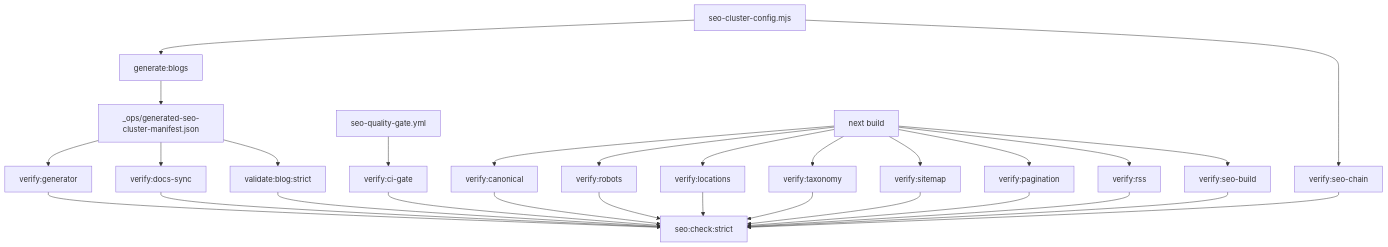
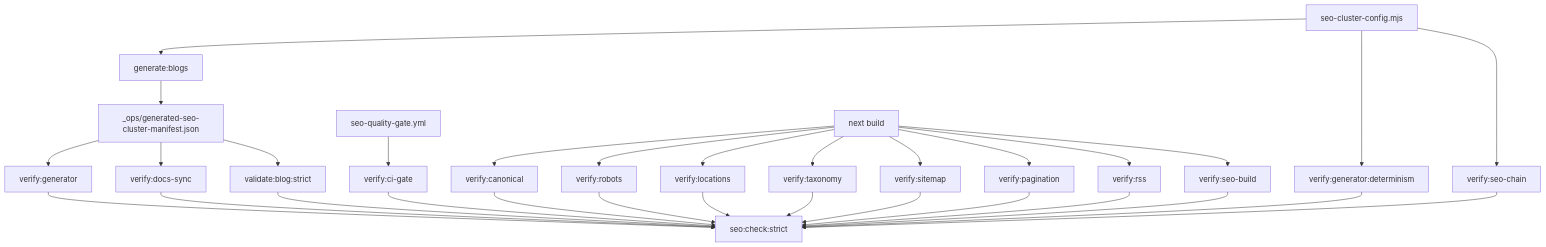
One commit to AmanVatsSharma/Gajanan-Maharaj-Sansthan changed the diagram in scripts/MODULE_DOC.md. Above: the diagram before and after it, drawn with Mermaid. The commit also changed other lines of this file and 8 other files, not shown here.

Commit message:
Add isolated generator determinism verifier to strict SEO gate

````diff
--- a/scripts/MODULE_DOC.md
+++ b/scripts/MODULE_DOC.md
@@ -34,31 +35,33 @@
 ```mermaid
 flowchart TD
   cfg[seo-cluster-config.mjs] --> gen[generate:blogs]
   gen --> manifest[_ops/generated-seo-cluster-manifest.json]
   manifest --> verifyGen[verify:generator]
+  cfg --> verifyDeterminism[verify:generator:determinism]
   cfg --> verifyChain[verify:seo-chain]
   ci[seo-quality-gate.yml] --> verifyCI[verify:ci-gate]
   manifest --> verifyDocs[verify:docs-sync]
   manifest --> validate[validate:blog:strict]
   validate --> seoCheck[seo:check:strict]
   verifyChain --> seoCheck
   verifyCI --> seoCheck
   verifyGen --> seoCheck
+  verifyDeterminism --> seoCheck
   verifyDocs --> seoCheck
   build[next build] --> verifyCanon[verify:canonical]
   build --> verifyRobots[verify:robots]
   build --> verifyLocations[verify:locations]
   build --> verifyTaxonomy[verify:taxonomy]
   build --> verifySitemap[verify:sitemap]
   build --> verifyPagination[verify:pagination]
   build --> verifyRss[verify:rss]
   build --> verifySeoBuild[verify:seo-build]
   verifyCanon --> seoCheck
   verifyRobots --> seoCheck
   verifyLocations --> seoCheck
   verifyTaxonomy --> seoCheck
   verifySitemap --> seoCheck
   verifyPagination --> seoCheck
   verifyRss --> seoCheck
   verifySeoBuild --> seoCheck
 ```
````
